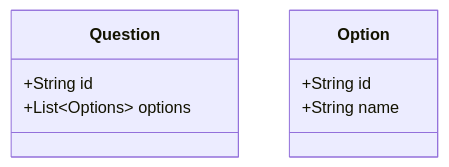
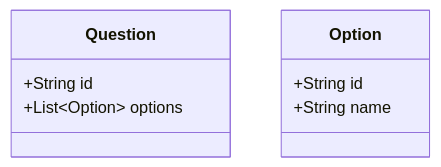
Before and after one commit to 2002Bishwajeet/poll-hub-slides: the third of 3 diagrams in pages/programming.md, drawn with Mermaid. The commit also changed other lines of this file and 2 other files, not shown here.

````diff
--- a/pages/programming.md
+++ b/pages/programming.md
@@ -449,14 +461,14 @@
 ```mermaid{scale: 2}
 
 classDiagram
     class Collection ["Question"] {
         +String id
-        +List~Options~ options
+        +List~Option~ options
     }
 
     class Option {
         +String id
         +String name
     }
 
 ```
````
